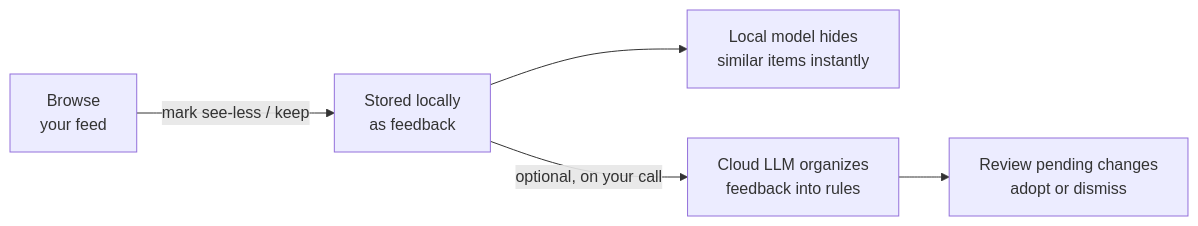
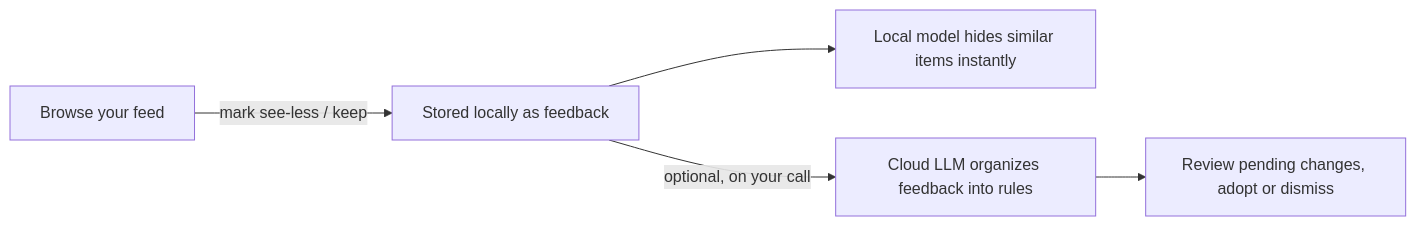
The diagram in README.md (arkkwang/semantic-page-filter), drawn with Mermaid before and after one commit. The commit also changed 1 other file, not shown here.

Commit message:
修复 mermaid 流程图在 GitHub 不渲染的问题（节点标签去掉换行符）

````diff
--- a/README.md
+++ b/README.md
@@ -33,7 +33,7 @@
 ```mermaid
 flowchart LR
-    A[Browse\nyour feed] -->|mark see-less / keep| B[Stored locally\nas feedback]
-    B --> C[Local model hides\nsimilar items instantly]
-    B -->|optional, on your call| D[Cloud LLM organizes\nfeedback into rules]
-    D --> E[Review pending changes\nadopt or dismiss]
+    A[Browse your feed] -->|mark see-less / keep| B[Stored locally as feedback]
+    B --> C[Local model hides similar items instantly]
+    B -->|optional, on your call| D[Cloud LLM organizes feedback into rules]
+    D --> E[Review pending changes, adopt or dismiss]
 ```
````
